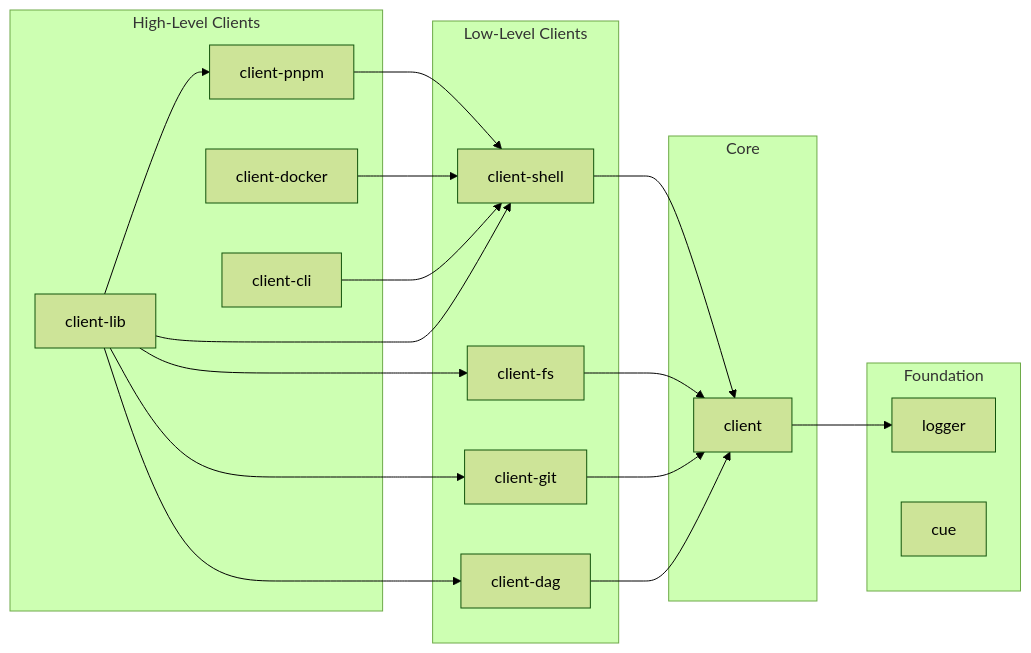
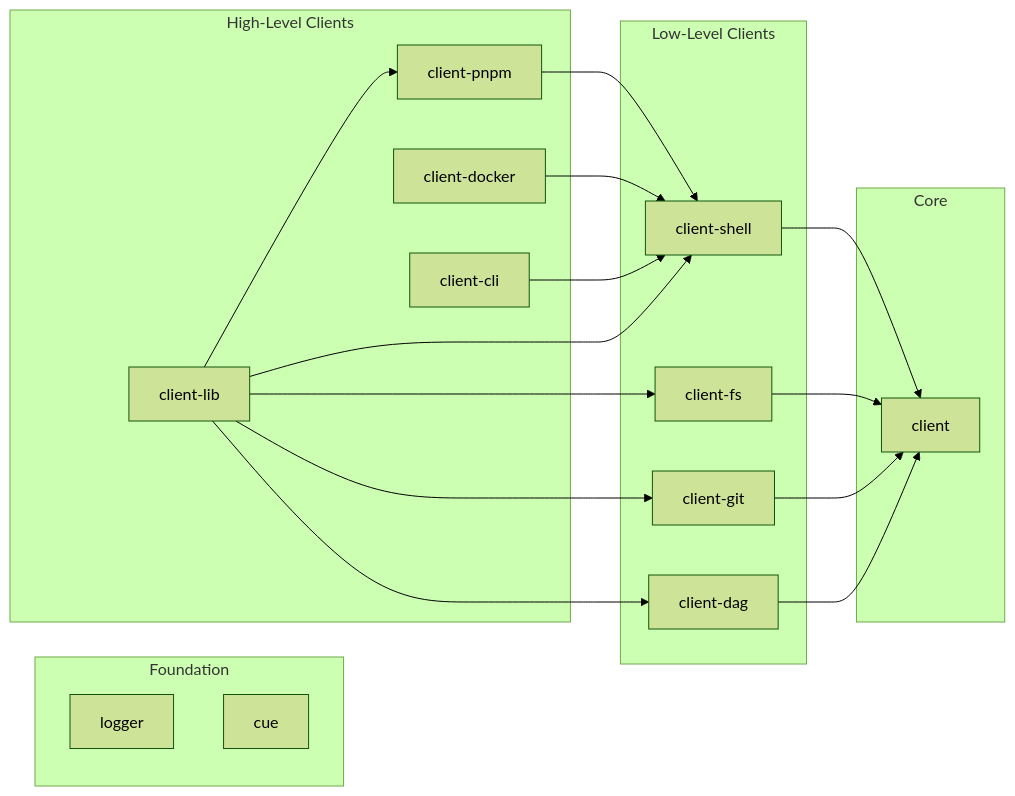
The second of 7 diagrams in packages/documentation/ARCHITECTURE.md (mark1russell7/client), drawn with Mermaid (forest theme) before and after one commit. The commit also changed other lines of this file and 17 other files, not shown here.

````diff
--- a/packages/documentation/ARCHITECTURE.md
+++ b/packages/documentation/ARCHITECTURE.md
@@ -162,40 +165,39 @@
 ```mermaid
 graph LR
     subgraph "Foundation"
         Logger[logger]
         Cue[cue]
     end
 
     subgraph "Core"
         Client[client]
     end
 
     subgraph "Low-Level Clients"
         Shell[client-shell]
         FS[client-fs]
         Git[client-git]
         DAG[client-dag]
     end
 
     subgraph "High-Level Clients"
         Pnpm[client-pnpm]
         Docker[client-docker]
         Lib[client-lib]
         CLI[client-cli]
     end
 
-    Client --> Logger
     Shell --> Client
     FS --> Client
     Git --> Client
     DAG --> Client
 
     Pnpm --> Shell
     Docker --> Shell
     CLI --> Shell
     Lib --> Shell
     Lib --> Git
     Lib --> FS
     Lib --> DAG
     Lib --> Pnpm
 ```
````
